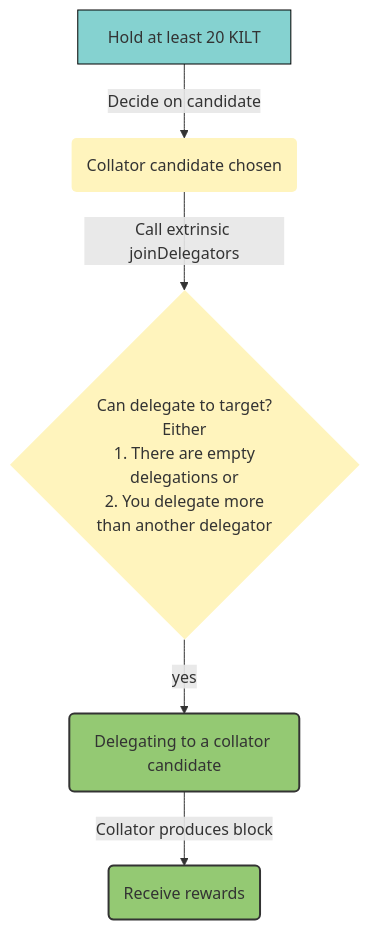
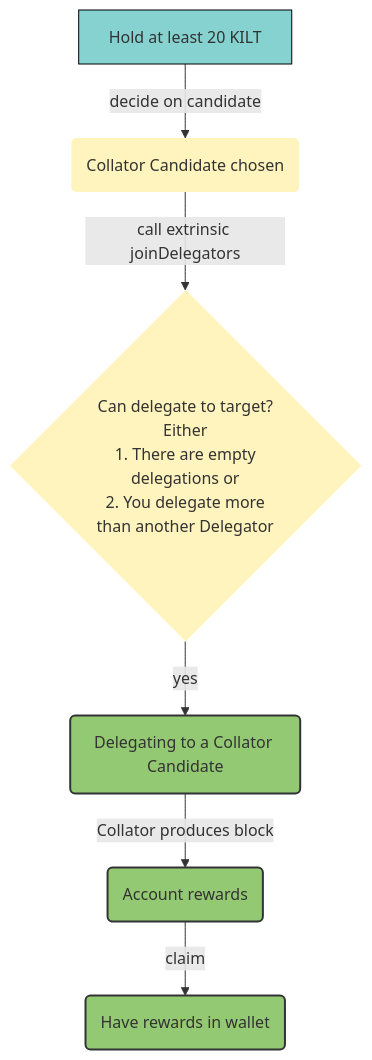
The first of 2 diagrams in docs/participate/01_staking/03_delegate/02_become.md (KILTprotocol/docs), drawn with Mermaid before and after one commit. The commit also changed 29 other files, not shown here.

First line of the commit message:
feat: add staking rewards claim sections (#155)

````diff
--- a/docs/participate/01_staking/03_delegate/02_become.md
+++ b/docs/participate/01_staking/03_delegate/02_become.md
@@ -37,20 +37,22 @@
 ```mermaid
 flowchart TD
-   A["Hold at least 20 KILT"] --> |"Decide on candidate"| B("Collator candidate chosen");
-   B --> |"Call extrinsic joinDelegators"| C{"Can delegate to target? \n Either \n 1. There are empty \n delegations or \n 2. You delegate more \n than another delegator"};
-   C --> |yes| D("Delegating to a collator candidate")
-   D --> |"Collator produces block"| E("Receive rewards")
+   A["Hold at least 20 KILT"] --> |"decide on candidate"| B("Collator Candidate chosen");
+   B --> |"call extrinsic joinDelegators"| C{"Can delegate to target? \n Either \n 1. There are empty \n delegations or \n 2. You delegate more \n than another Delegator"};
+   C --> |yes| D("Delegating to a Collator Candidate")
+   D --> |"Collator produces block"| E("Account rewards")
+   E --> |"claim"| F("Have rewards in wallet")
     %% Styles
     A:::unstakedFreeKilt
     B:::preDelegationCheck
     C:::preDelegationCheck
     D:::activelyDelegating
     E:::activelyDelegating
+    F:::activelyDelegating
     
     %% StyleDef
     classDef preDelegationCheck fill:#FFF4BD,stroke:none;
     classDef notDelegating fill:#F1C0B9, stroke:black, stroke-width:1px;;
     classDef unstakedFreeKilt fill:#85D2D0,stroke:black, stroke-width:1px;
     classDef activelyDelegating fill:#94C973,stroke:#333, stroke-width:2px;
     classDef preUnlockStaked fill:#F37970, stroke:black;
 ```
````
